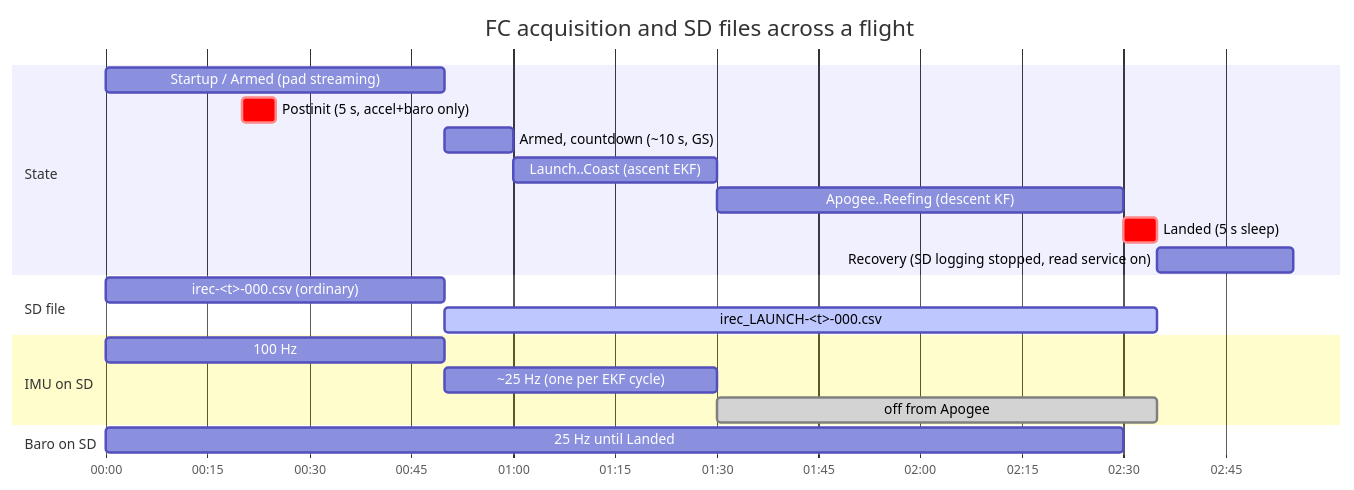
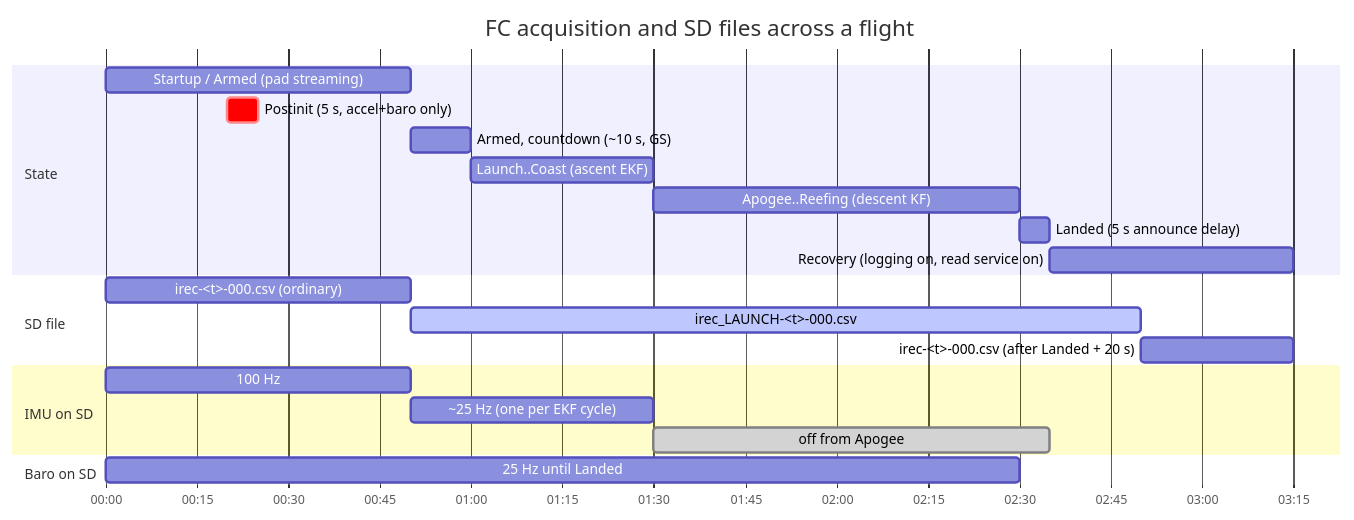
Before and after one commit to University-at-Buffalo-SEDS/FlightComputer26: the third of 3 diagrams in docs/data-pipeline.md, drawn with Mermaid. The commit also changed other lines of this file, not shown here.

````diff
--- a/docs/data-pipeline.md
+++ b/docs/data-pipeline.md
@@ -79,23 +79,24 @@
 ```mermaid
 gantt
   title FC acquisition and SD files across a flight
   dateFormat HH:mm:ss
   axisFormat %M:%S
   section State
   Startup / Armed (pad streaming)     :s1, 00:00:00, 50s
   Postinit (5 s, accel+baro only)     :crit, s2, 00:00:20, 5s
   Armed, countdown (~10 s, GS)        :s3, 00:00:50, 10s
   Launch..Coast (ascent EKF)          :s4, 00:01:00, 30s
   Apogee..Reefing (descent KF)        :s5, 00:01:30, 60s
-  Landed (5 s sleep)                  :crit, s6, 00:02:30, 5s
-  Recovery (SD logging stopped, read service on) :s7, 00:02:35, 20s
+  Landed (5 s announce delay)         :s6, 00:02:30, 5s
+  Recovery (logging on, read service on) :s7, 00:02:35, 40s
   section SD file
   irec-<t>-000.csv (ordinary)         :f1, 00:00:00, 50s
-  irec_LAUNCH-<t>-000.csv             :active, f2, 00:00:50, 105s
+  irec_LAUNCH-<t>-000.csv             :active, f2, 00:00:50, 120s
+  irec-<t>-000.csv (after Landed + 20 s) :f3, 00:02:50, 25s
   section IMU on SD
   100 Hz                              :i1, 00:00:00, 50s
   ~25 Hz (one per EKF cycle)          :i2, 00:00:50, 40s
   off from Apogee                     :done, i3, 00:01:30, 65s
   section Baro on SD
   25 Hz until Landed                  :b1, 00:00:00, 150s
 ```
````
